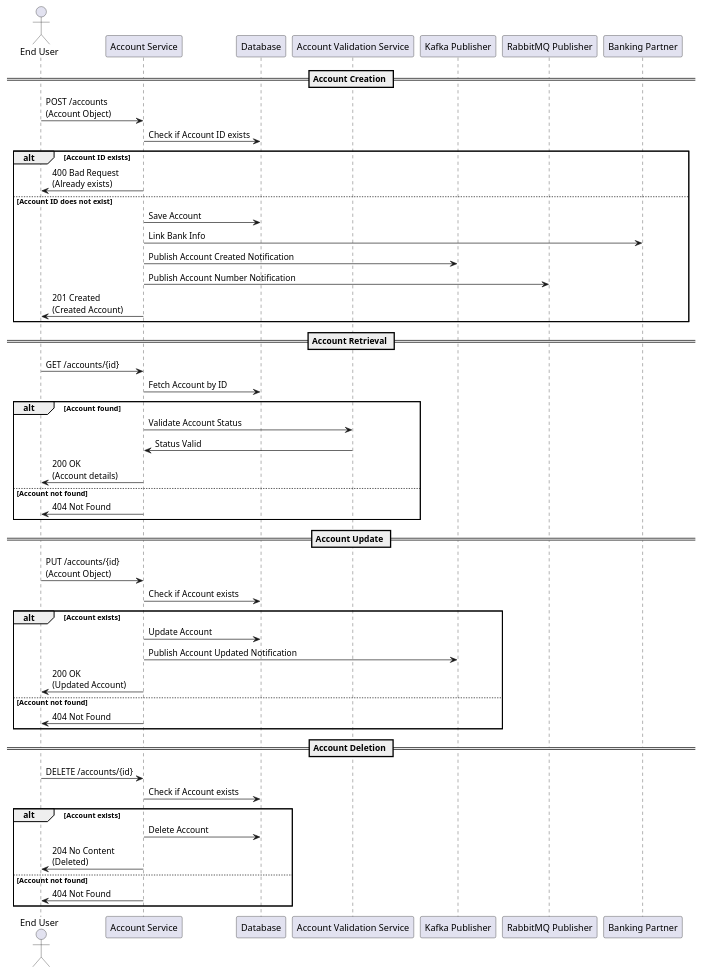
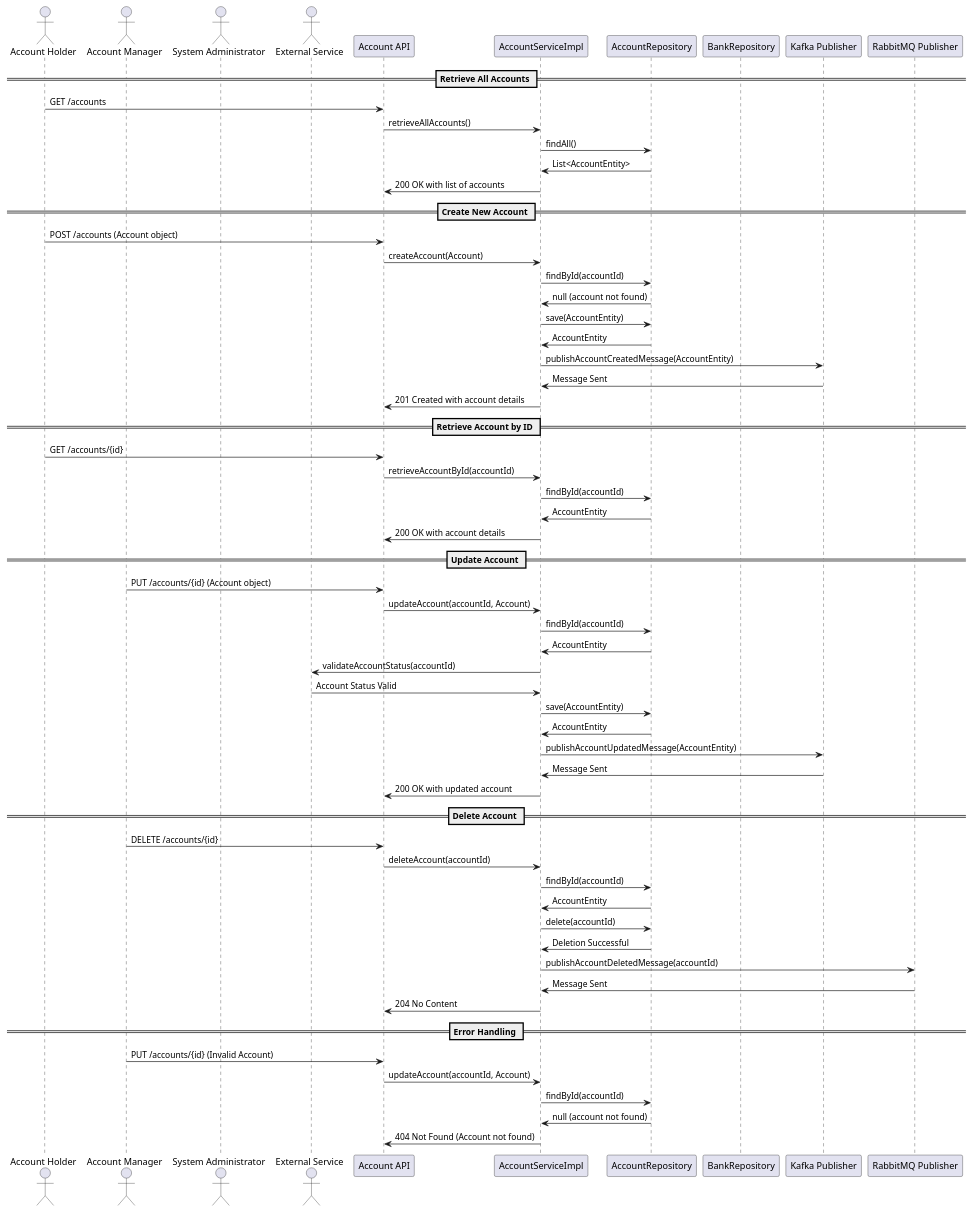
Before and after one commit to Bhaskar-Pavan/AccountService: the diagram in design_document/Account_Service.md, drawn with PlantUML. The commit also changed other lines of this file, not shown here.

````diff
--- a/design_document/Account_Service.md
+++ b/design_document/Account_Service.md
@@ -40,57 +36,72 @@
 ```plantuml
 @startuml
-actor "End User" as User
-participant "Account Service" as Service
-participant "Database" as DB
-participant "Account Validation Service" as ValidationService
+actor "Account Holder" as AH
+actor "Account Manager" as AM
+actor "System Administrator" as SA
+actor "External Service" as ES
+
+participant "Account API" as API
+participant "AccountServiceImpl" as Service
+participant "AccountRepository" as AccountRepo
+participant "BankRepository" as BankRepo
 participant "Kafka Publisher" as Kafka
 participant "RabbitMQ Publisher" as RabbitMQ
-participant "Banking Partner" as Bank
 
-== Account Creation ==
-User -> Service : POST /accounts\n(Account Object)
-Service -> DB : Check if Account ID exists
-alt Account ID exists
-    Service -> User : 400 Bad Request\n(Already exists)
-else Account ID does not exist
-    Service -> DB : Save Account
-    Service -> Bank : Link Bank Info
-    Service -> Kafka : Publish Account Created Notification
-    Service -> RabbitMQ : Publish Account Number Notification
-    Service -> User : 201 Created\n(Created Account)
-end
+== Retrieve All Accounts ==
+AH -> API : GET /accounts
+API -> Service : retrieveAllAccounts()
+Service -> AccountRepo : findAll()
+AccountRepo -> Service : List<AccountEntity>
+Service -> API : 200 OK with list of accounts
 
-== Account Retrieval ==
-User -> Service : GET /accounts/{id}
-Service -> DB : Fetch Account by ID
-alt Account found
-    Service -> ValidationService : Validate Account Status
-    ValidationService -> Service : Status Valid
-    Service -> User : 200 OK\n(Account details)
-else Account not found
-    Service -> User : 404 Not Found
-end
+== Create New Account ==
+AH -> API : POST /accounts (Account object)
+API -> Service : createAccount(Account)
+Service -> AccountRepo : findById(accountId)
+AccountRepo -> Service : null (account not found)
+Service -> AccountRepo : save(AccountEntity)
+AccountRepo -> Service : AccountEntity
+Service -> Kafka : publishAccountCreatedMessage(AccountEntity)
+Kafka -> Service : Message Sent
+Service -> API : 201 Created with account details
 
-== Account Update ==
-User -> Service : PUT /accounts/{id}\n(Account Object)
-Service -> DB : Check if Account exists
-alt Account exists
-    Service -> DB : Update Account
-    Service -> Kafka : Publish Account Updated Notification
-    Service -> User : 200 OK\n(Updated Account)
-else Account not found
-    Service -> User : 404 Not Found
-end
+== Retrieve Account by ID ==
+AH -> API : GET /accounts/{id}
+API -> Service : retrieveAccountById(accountId)
+Service -> AccountRepo : findById(accountId)
+AccountRepo -> Service : AccountEntity
+Service -> API : 200 OK with account details
 
-== Account Deletion ==
-User -> Service : DELETE /accounts/{id}
-Service -> DB : Check if Account exists
-alt Account exists
-    Service -> DB : Delete Account
-    Service -> User : 204 No Content\n(Deleted)
-else Account not found
-    Service -> User : 404 Not Found
-end
+== Update Account ==
+AM -> API : PUT /accounts/{id} (Account object)
+API -> Service : updateAccount(accountId, Account)
+Service -> AccountRepo : findById(accountId)
+AccountRepo -> Service : AccountEntity
+Service -> ES : validateAccountStatus(accountId)
+ES -> Service : Account Status Valid
+Service -> AccountRepo : save(AccountEntity)
+AccountRepo -> Service : AccountEntity
+Service -> Kafka : publishAccountUpdatedMessage(AccountEntity)
+Kafka -> Service : Message Sent
+Service -> API : 200 OK with updated account
+
+== Delete Account ==
+AM -> API : DELETE /accounts/{id}
+API -> Service : deleteAccount(accountId)
+Service -> AccountRepo : findById(accountId)
+AccountRepo -> Service : AccountEntity
+Service -> AccountRepo : delete(accountId)
+AccountRepo -> Service : Deletion Successful
+Service -> RabbitMQ : publishAccountDeletedMessage(accountId)
+RabbitMQ -> Service : Message Sent
+Service -> API : 204 No Content
+
+== Error Handling ==
+AM -> API : PUT /accounts/{id} (Invalid Account)
+API -> Service : updateAccount(accountId, Account)
+Service -> AccountRepo : findById(accountId)
+AccountRepo -> Service : null (account not found)
+Service -> API : 404 Not Found (Account not found)
 
 @enduml
 ```
````
